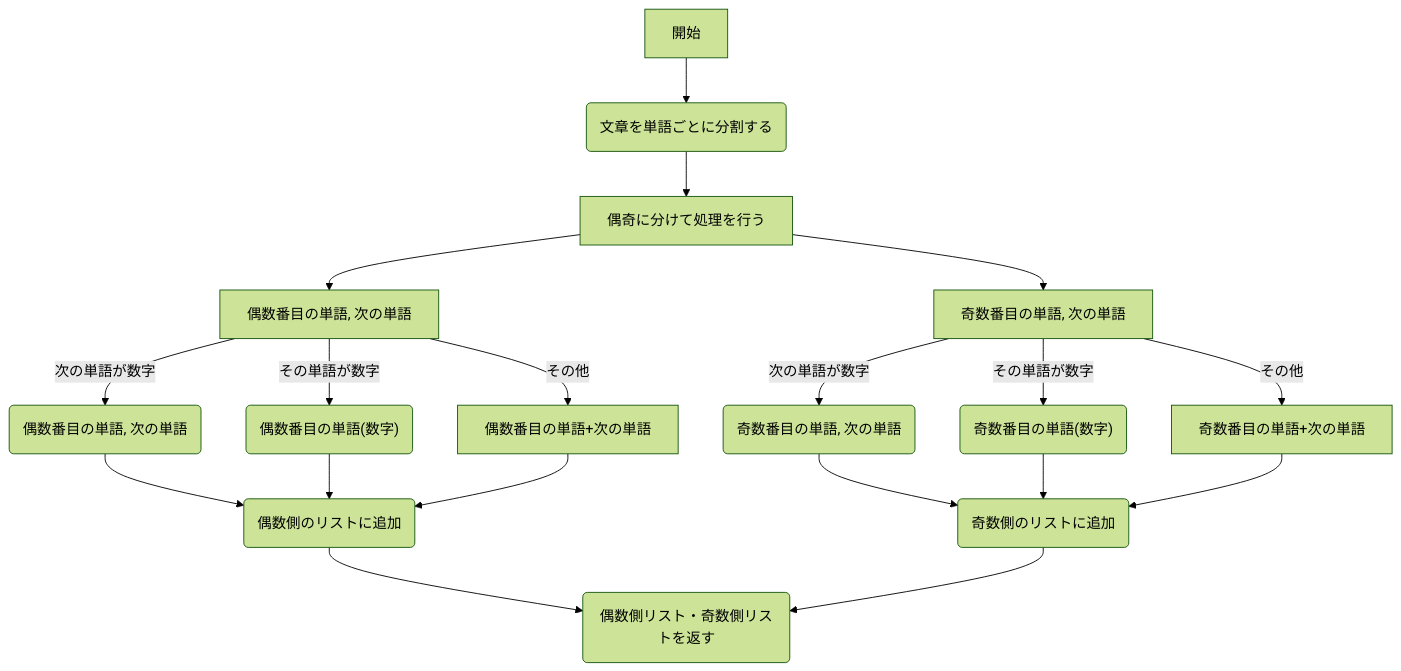
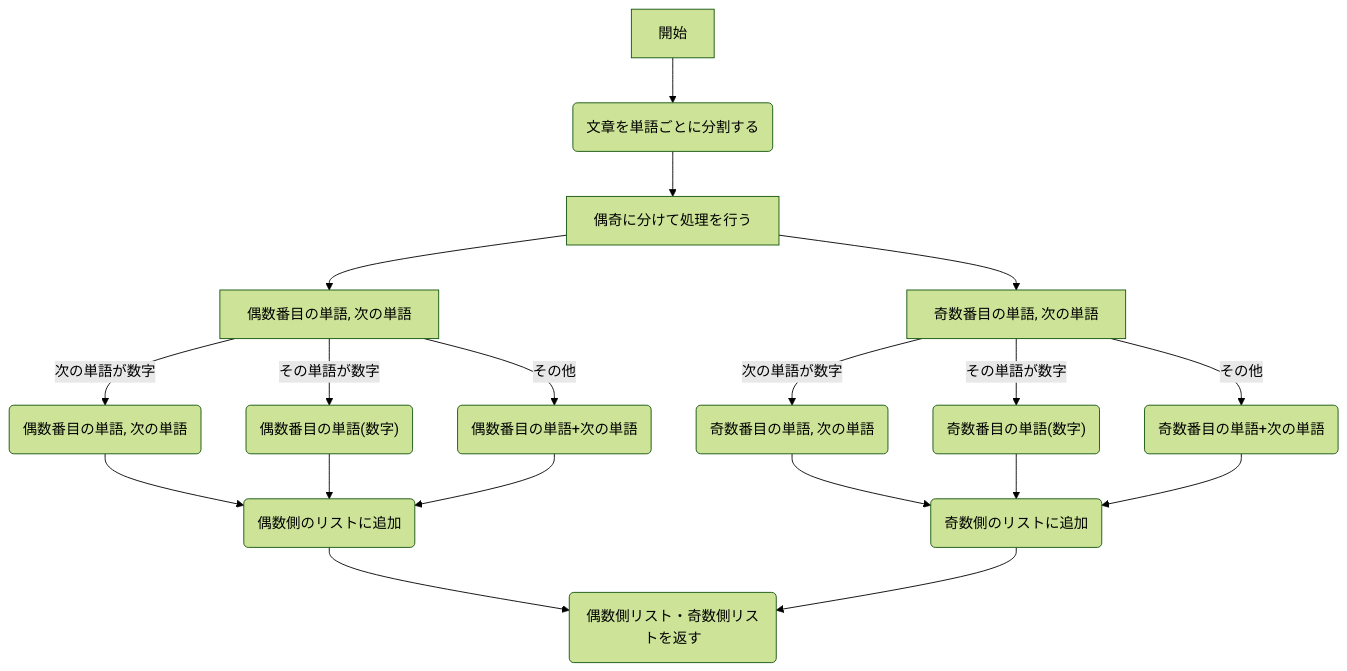
One commit to Futty93/Callsign-Extraction changed the fifth of 10 diagrams in README.md. Above: the diagram before and after it, drawn with Mermaid (forest theme). The commit also changed other lines of this file and 4 other files, not shown here.

````diff
--- a/README.md
+++ b/README.md
@@ -314,21 +321,21 @@
 ```mermaid
 graph TD
     A[開始] --> B(文章を単語ごとに分割する)
     B --> C[偶奇に分けて処理を行う]
     C --> D[偶数番目の単語, 次の単語]
     D -->|次の単語が数字| E(偶数番目の単語, 次の単語)
     D -->|その単語が数字| F("偶数番目の単語(数字)")
-    D -->|その他| G[偶数番目の単語+次の単語]
+    D -->|その他| G(偶数番目の単語+次の単語)
     C --> H[奇数番目の単語, 次の単語]
     H -->|次の単語が数字| I(奇数番目の単語, 次の単語)
     H -->|その単語が数字| J("奇数番目の単語(数字)")
-    H -->|その他| K[奇数番目の単語+次の単語]
+    H -->|その他| K(奇数番目の単語+次の単語)
     E --> L(偶数側のリストに追加)
     F --> L
     G --> L
     I --> M(奇数側のリストに追加)
     J --> M
     K --> M
     L --> N(偶数側リスト・奇数側リストを返す)
     M --> N
 ```
````
